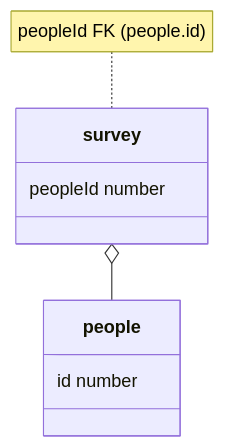
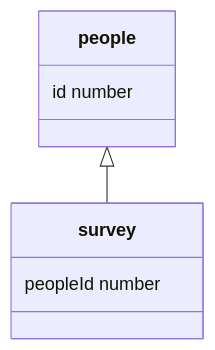
The third of 3 diagrams in README.md (edster9/mood-survey-app), drawn with Mermaid before and after one commit.

Commit message:
updated ERD

````diff
--- a/README.md
+++ b/README.md
@@ -71,13 +71,11 @@
 ```mermaid
 classDiagram
-    survey o-- people
-
+    people <|-- survey
     class people{
         id number
     }
-
-    note for survey "peopleId FK (people.id)"
     class survey{
         peopleId number
     }
+
 ```
````
